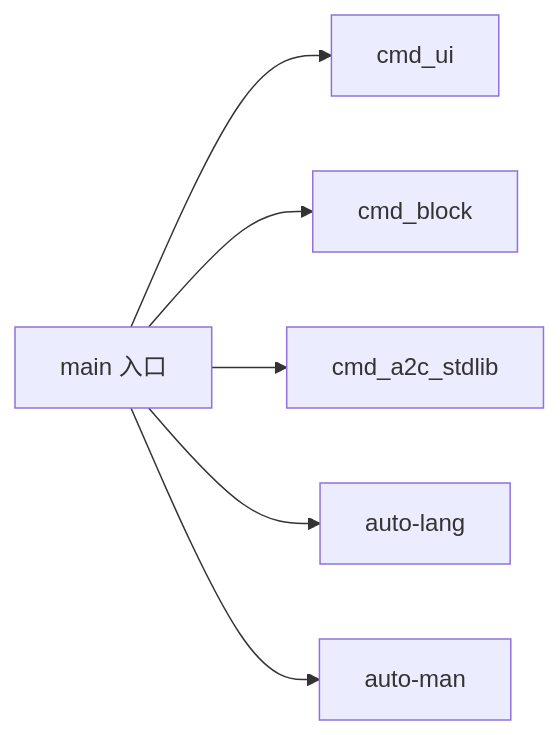
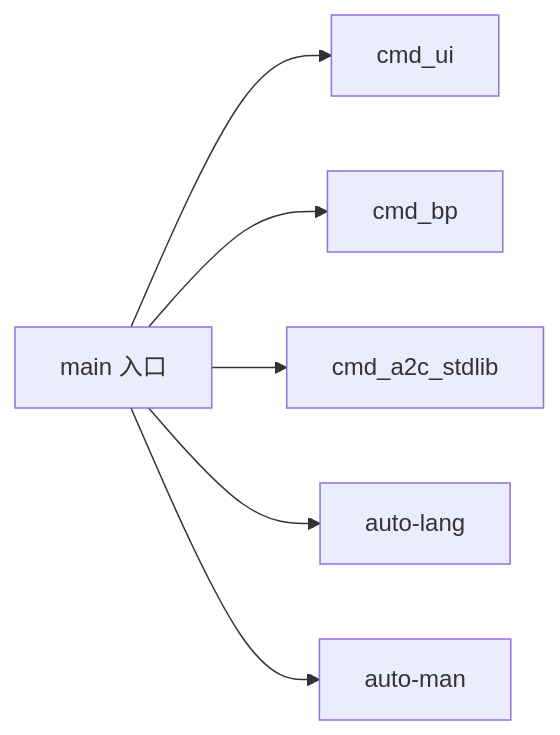
The diagram in docs/specs/auto-cli/project.md (auto-stack/auto-lang), drawn with Mermaid before and after one commit. The commit also changed other lines of this file and 69 other files, not shown here.

Commit message:
refactor(ui): PLAN-639 T-03——Block 层更名 Blueprint/bp：cmd_bp+auto bp CLI(旧名弃用别名)、ui_gen/bp(BlueprintRegistry/Package/Spec)、blocks/→blueprints/、blocks-gallery→bps-gallery；全档 cargo t 与基线零差异（40 预存红在案）

````diff
--- a/docs/specs/auto-cli/project.md
+++ b/docs/specs/auto-cli/project.md
@@ -23,12 +23,12 @@
 ```mermaid
 graph LR
   main[main 入口] --> ui[cmd_ui]
-  main --> block[cmd_block]
+  main --> bp[cmd_bp]
   main --> a2c[cmd_a2c_stdlib]
   main --> lang[auto-lang]
   main --> man[auto-man]
   click main "./main/" "main"
   click ui "./cmd-ui/" "cmd_ui"
-  click block "./cmd-block/" "cmd_block"
+  click bp "./cmd-bp/" "cmd_bp"
   click a2c "./cmd-a2c-stdlib/" "cmd_a2c_stdlib"
 ```
````
